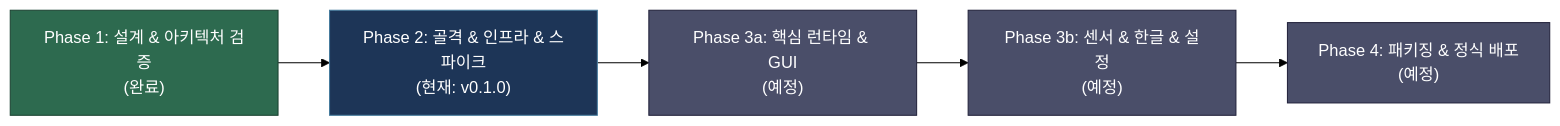
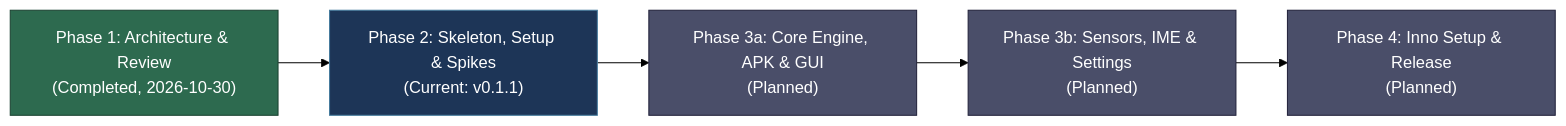
One commit to OrcusExtreme/Orcus_APK_Emulator changed the diagram in README.md. Above: the diagram before and after it, drawn with Mermaid (forest theme). The commit also changed other lines of this file, not shown here.

````diff
--- a/README.md
+++ b/README.md
@@ -81,12 +85,12 @@
 ```mermaid
 flowchart LR
-    A["Phase 1: 설계 & 아키텍처 검증<br/>(완료)"] --> B["Phase 2: 골격 & 인프라 & 스파이크<br/>(현재: v0.1.0)"]
-    B --> C["Phase 3a: 핵심 런타임 & GUI<br/>(예정)"]
-    C --> D["Phase 3b: 센서 & 한글 & 설정<br/>(예정)"]
-    D --> E["Phase 4: 패키징 & 정식 배포<br/>(예정)"]
+    A["Phase 1: Architecture & Review<br/>(Completed, 2026-10-30)"] --> B["Phase 2: Skeleton, Setup & Spikes<br/>(Current: v0.1.1)"]
+    B --> C["Phase 3a: Core Engine, APK & GUI<br/>(Planned)"]
+    C --> D["Phase 3b: Sensors, IME & Settings<br/>(Planned)"]
+    D --> E["Phase 4: Inno Setup & Release<br/>(Planned)"]
     style A fill:#2d6a4f,stroke:#1b4332,color:#fff
     style B fill:#1d3557,stroke:#457b9d,color:#fff
     style C fill:#4a4e69,stroke:#22223b,color:#fff
     style D fill:#4a4e69,stroke:#22223b,color:#fff
     style E fill:#4a4e69,stroke:#22223b,color:#fff
 ```
````
